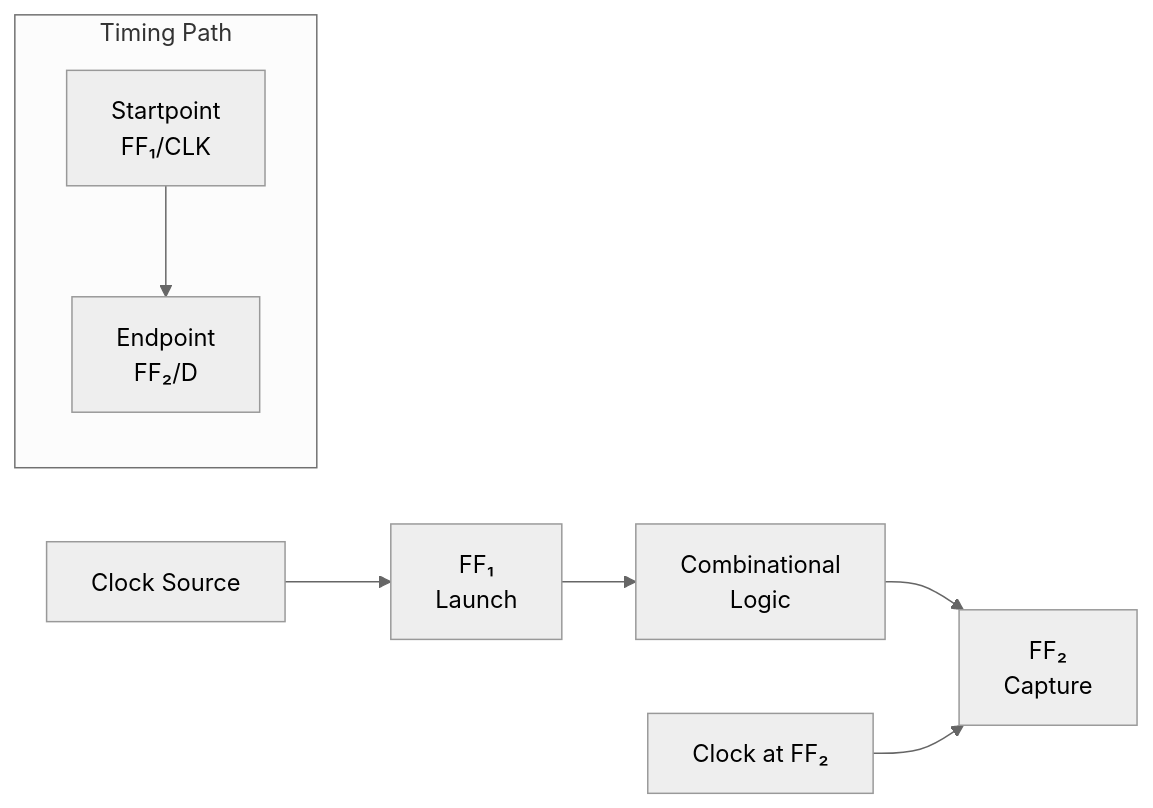
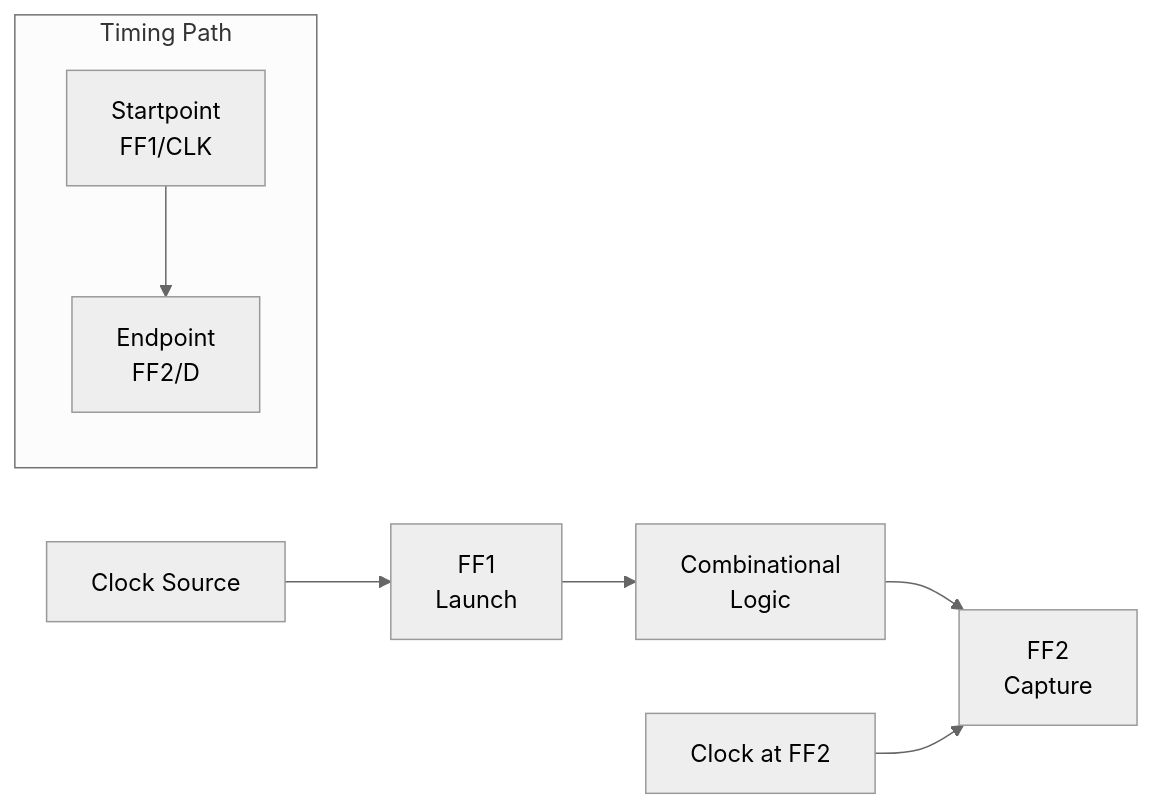
One commit to Raushan666java/ai-engineering-journey changed the first of 4 diagrams in docs/courses/digital-logic/14-timing-analysis.md. Above: the diagram before and after it, drawn with Mermaid (neutral theme). The commit also changed other lines of this file and 790 other files, not shown here.

Commit message:
Sync all course diagram renders and content updates

````diff
--- a/docs/courses/digital-logic/14-timing-analysis.md
+++ b/docs/courses/digital-logic/14-timing-analysis.md
@@ -23,10 +23,10 @@
 ```mermaid
 graph LR
-    CLK1[Clock Source] --> FF1[FF₁<br>Launch]
+    CLK1[Clock Source] --> FF1[FF1<br>Launch]
     FF1 --> COMB[Combinational<br>Logic]
-    COMB --> FF2[FF₂<br>Capture]
-    CLK2[Clock at FF₂] --> FF2
+    COMB --> FF2[FF2<br>Capture]
+    CLK2[Clock at FF2] --> FF2
     subgraph "Timing Path"
-        START[Startpoint<br>FF₁/CLK] --> END[Endpoint<br>FF₂/D]
+        START[Startpoint<br>FF1/CLK] --> END[Endpoint<br>FF2/D]
     end
 ```
````
